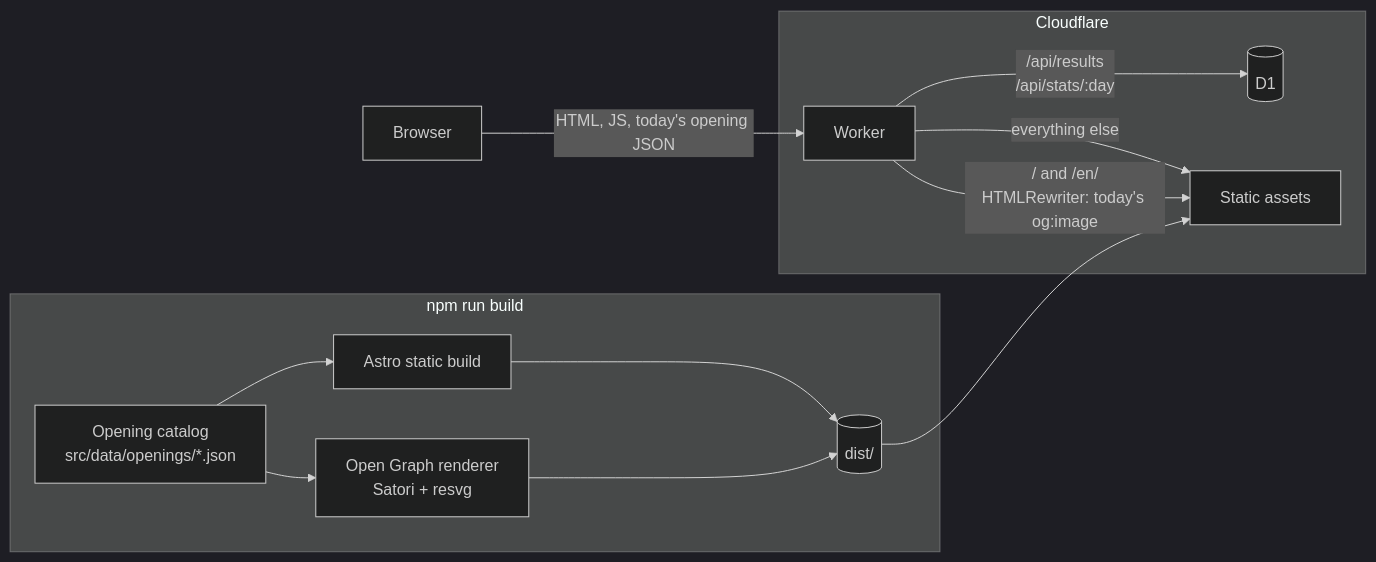
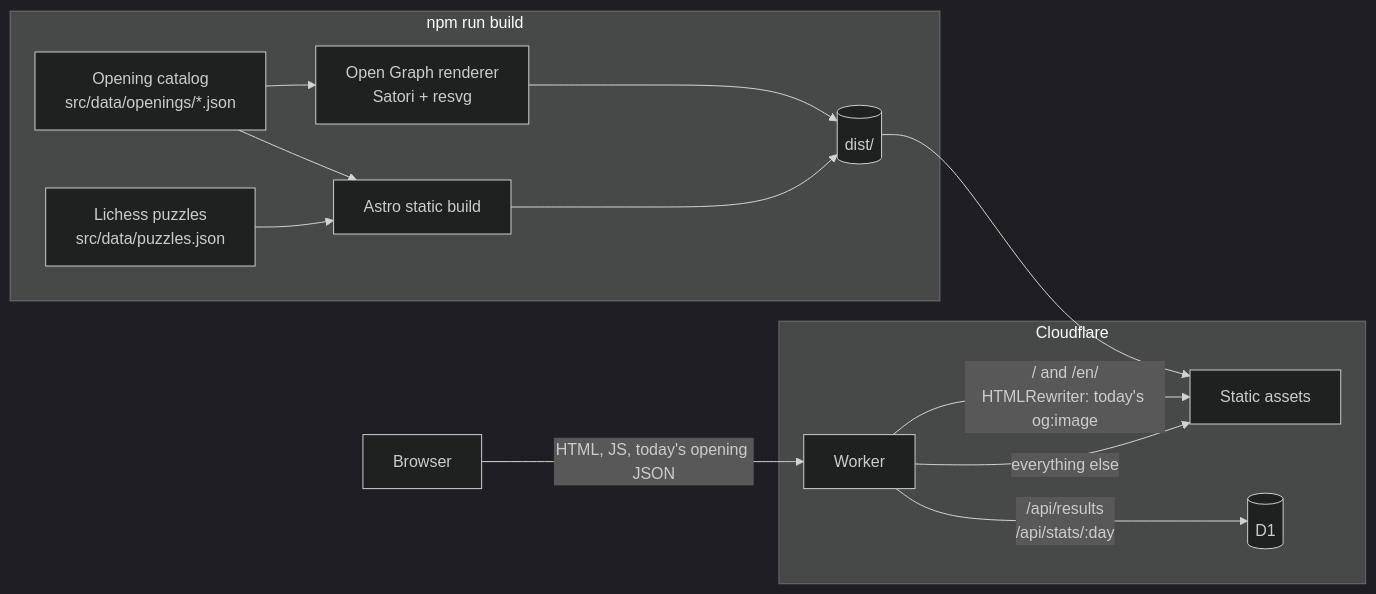
The diagram in README.md (acarrascosa/chessbitz), drawn with Mermaid (dark theme) before and after one commit. The commit also changed other lines of this file and 78 other files, not shown here.

````diff
--- a/README.md
+++ b/README.md
@@ -25,16 +27,17 @@
 ```mermaid
 flowchart LR
     subgraph Build ["npm run build"]
         A[Opening catalog<br/>src/data/openings/*.json] --> B[Astro static build]
+        P[Lichess puzzles<br/>src/data/puzzles.json] --> B
         A --> C[Open Graph renderer<br/>Satori + resvg]
         B --> D[(dist/)]
         C --> D
     end
     subgraph Edge ["Cloudflare"]
         W[Worker] -- "/api/results<br/>/api/stats/:day" --> DB[(D1)]
         W -- "everything else" --> S[Static assets]
         W -- "/ and /en/<br/>HTMLRewriter: today's og:image" --> S
     end
     D --> S
     Browser -- "HTML, JS, today's opening JSON" --> W
 ```
````
